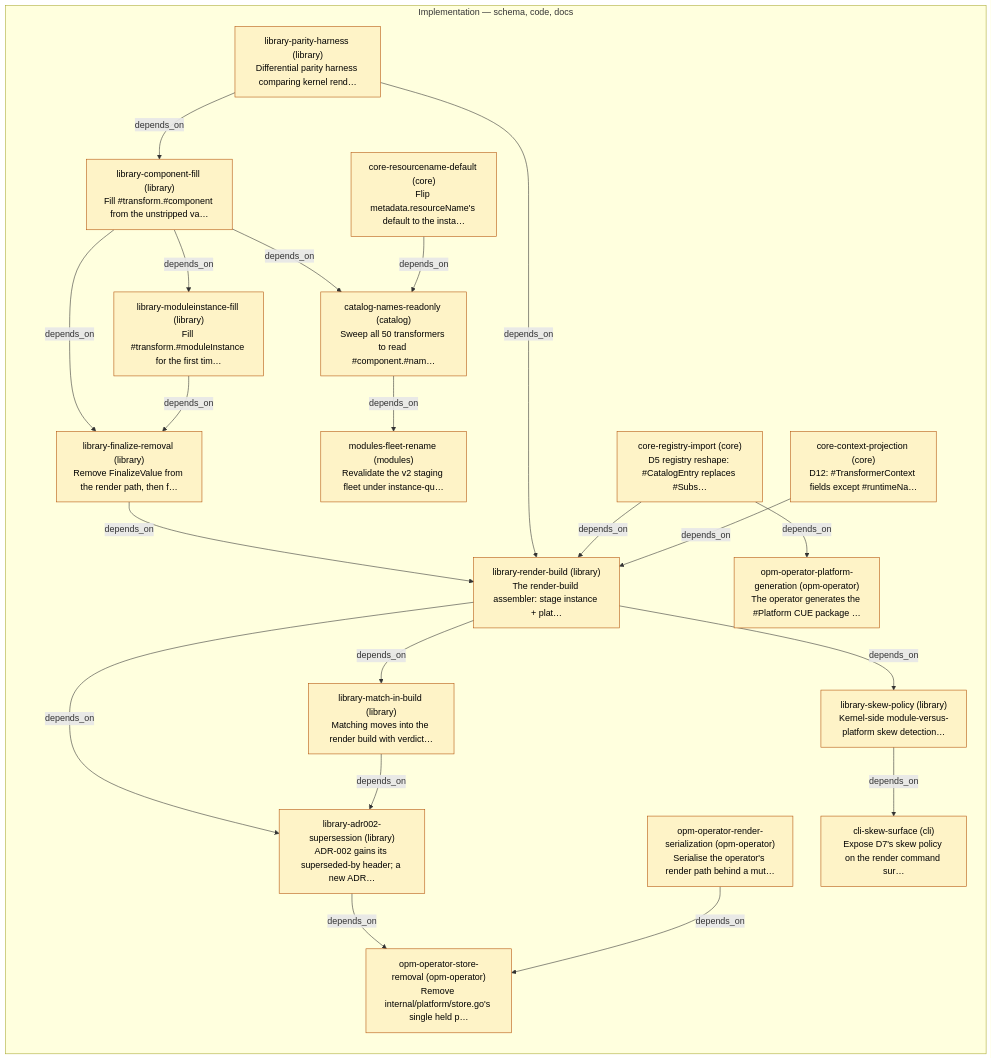
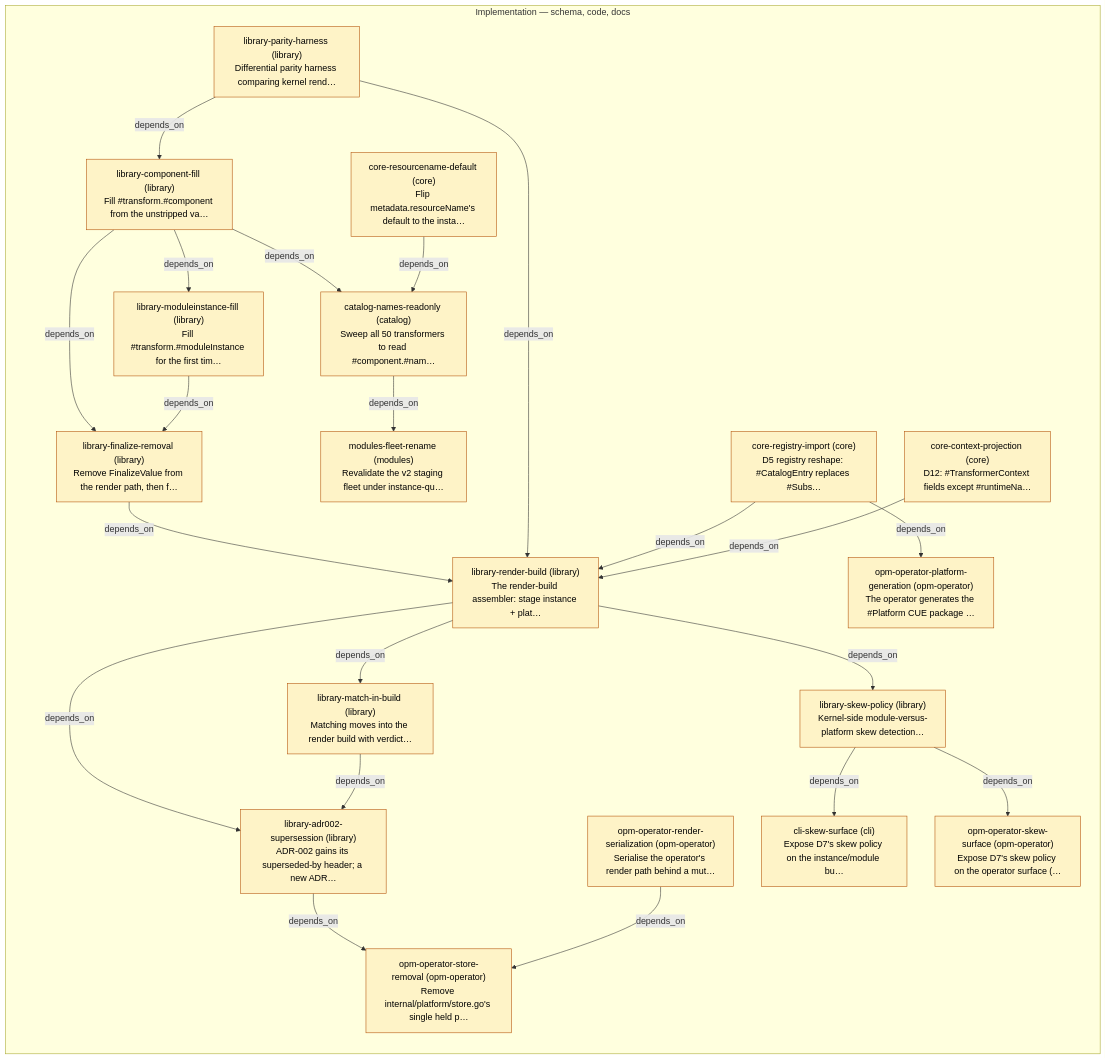
Before and after one commit to open-platform-model/enhancements: the diagram in 0019/PLAN.md, drawn with Mermaid. The commit also changed other lines of this file and 7 other files, not shown here.

````diff
--- a/0019/PLAN.md
+++ b/0019/PLAN.md
@@ -5,48 +5,50 @@
 ```mermaid
 graph LR
   classDef planned     fill:#fef3c7,stroke:#b45309,color:#000
   classDef in_progress fill:#dbeafe,stroke:#1d4ed8,color:#000
   classDef done        fill:#dcfce7,stroke:#15803d,color:#000
   classDef cancelled   fill:#e5e7eb,stroke:#6b7280,color:#6b7280
   classDef other       fill:#fafafa,stroke:#9ca3af,color:#6b7280,stroke-dasharray:3 3
 
   subgraph PHASE_IMPL["Implementation — schema, code, docs"]
     S_library-parity-harness["library-parity-harness (library)\nDifferential parity harness comparing kernel rend…"]:::planned
     S_library-component-fill["library-component-fill (library)\nFill #transform.#component from the unstripped va…"]:::planned
     S_library-moduleinstance-fill["library-moduleinstance-fill (library)\nFill #transform.#moduleInstance for the first tim…"]:::planned
     S_library-finalize-removal["library-finalize-removal (library)\nRemove FinalizeValue from the render path, then f…"]:::planned
     S_core-resourcename-default["core-resourcename-default (core)\nFlip metadata.resourceName's default to the insta…"]:::planned
     S_catalog-names-readonly["catalog-names-readonly (catalog)\nSweep all 50 transformers to read #component.#nam…"]:::planned
     S_modules-fleet-rename["modules-fleet-rename (modules)\nRevalidate the v2 staging fleet under instance-qu…"]:::planned
     S_opm-operator-render-serialization["opm-operator-render-serialization (opm-operator)\nSerialise the operator's render path behind a mut…"]:::planned
     S_core-registry-import["core-registry-import (core)\nD5 registry reshape: #CatalogEntry replaces #Subs…"]:::planned
     S_core-context-projection["core-context-projection (core)\nD12: #TransformerContext fields except #runtimeNa…"]:::planned
     S_library-render-build["library-render-build (library)\nThe render-build assembler: stage instance + plat…"]:::planned
     S_library-match-in-build["library-match-in-build (library)\nMatching moves into the render build with verdict…"]:::planned
     S_library-skew-policy["library-skew-policy (library)\nKernel-side module-versus-platform skew detection…"]:::planned
     S_library-adr002-supersession["library-adr002-supersession (library)\nADR-002 gains its superseded-by header; a new ADR…"]:::planned
     S_opm-operator-store-removal["opm-operator-store-removal (opm-operator)\nRemove internal/platform/store.go's single held p…"]:::planned
     S_opm-operator-platform-generation["opm-operator-platform-generation (opm-operator)\nThe operator generates the #Platform CUE package …"]:::planned
-    S_cli-skew-surface["cli-skew-surface (cli)\nExpose D7's skew policy on the render command sur…"]:::planned
+    S_cli-skew-surface["cli-skew-surface (cli)\nExpose D7's skew policy on the instance/module bu…"]:::planned
+    S_opm-operator-skew-surface["opm-operator-skew-surface (opm-operator)\nExpose D7's skew policy on the operator surface (…"]:::planned
   end
 
   S_library-parity-harness -->|depends_on| S_library-component-fill
   S_library-component-fill -->|depends_on| S_library-moduleinstance-fill
   S_library-component-fill -->|depends_on| S_library-finalize-removal
   S_library-moduleinstance-fill -->|depends_on| S_library-finalize-removal
   S_library-component-fill -->|depends_on| S_catalog-names-readonly
   S_core-resourcename-default -->|depends_on| S_catalog-names-readonly
   S_catalog-names-readonly -->|depends_on| S_modules-fleet-rename
   S_library-finalize-removal -->|depends_on| S_library-render-build
   S_library-parity-harness -->|depends_on| S_library-render-build
   S_core-registry-import -->|depends_on| S_library-render-build
   S_core-context-projection -->|depends_on| S_library-render-build
   S_library-render-build -->|depends_on| S_library-match-in-build
   S_library-render-build -->|depends_on| S_library-skew-policy
   S_library-render-build -->|depends_on| S_library-adr002-supersession
   S_library-match-in-build -->|depends_on| S_library-adr002-supersession
   S_library-adr002-supersession -->|depends_on| S_opm-operator-store-removal
   S_opm-operator-render-serialization -->|depends_on| S_opm-operator-store-removal
   S_core-registry-import -->|depends_on| S_opm-operator-platform-generation
   S_library-skew-policy -->|depends_on| S_cli-skew-surface
+  S_library-skew-policy -->|depends_on| S_opm-operator-skew-surface
 ```
````
